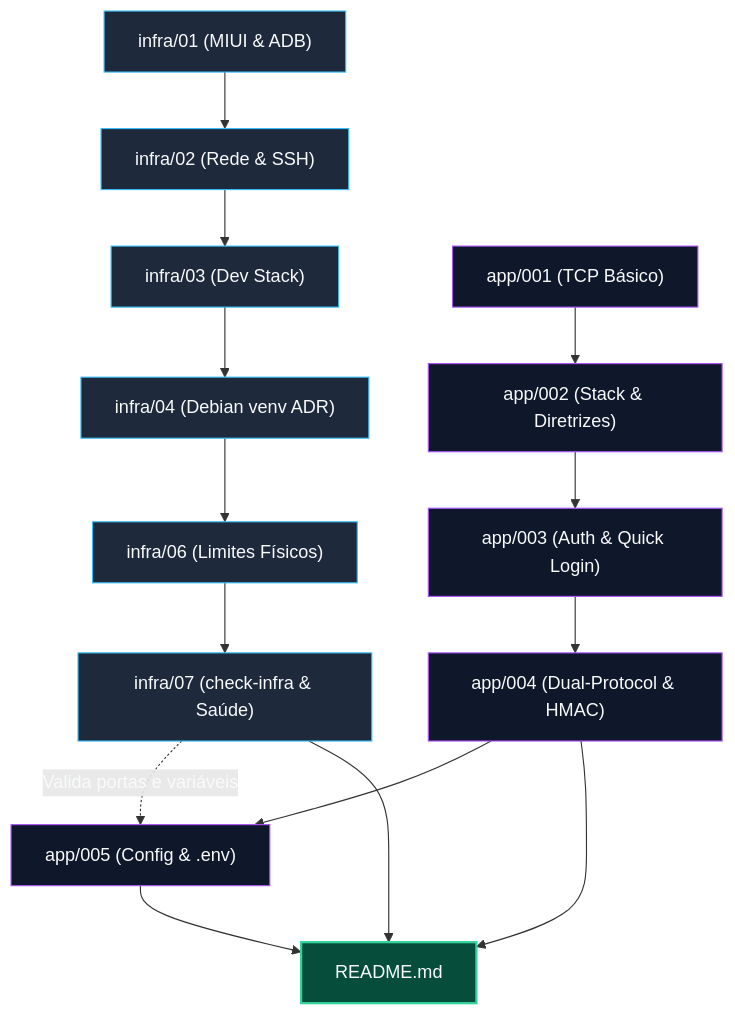
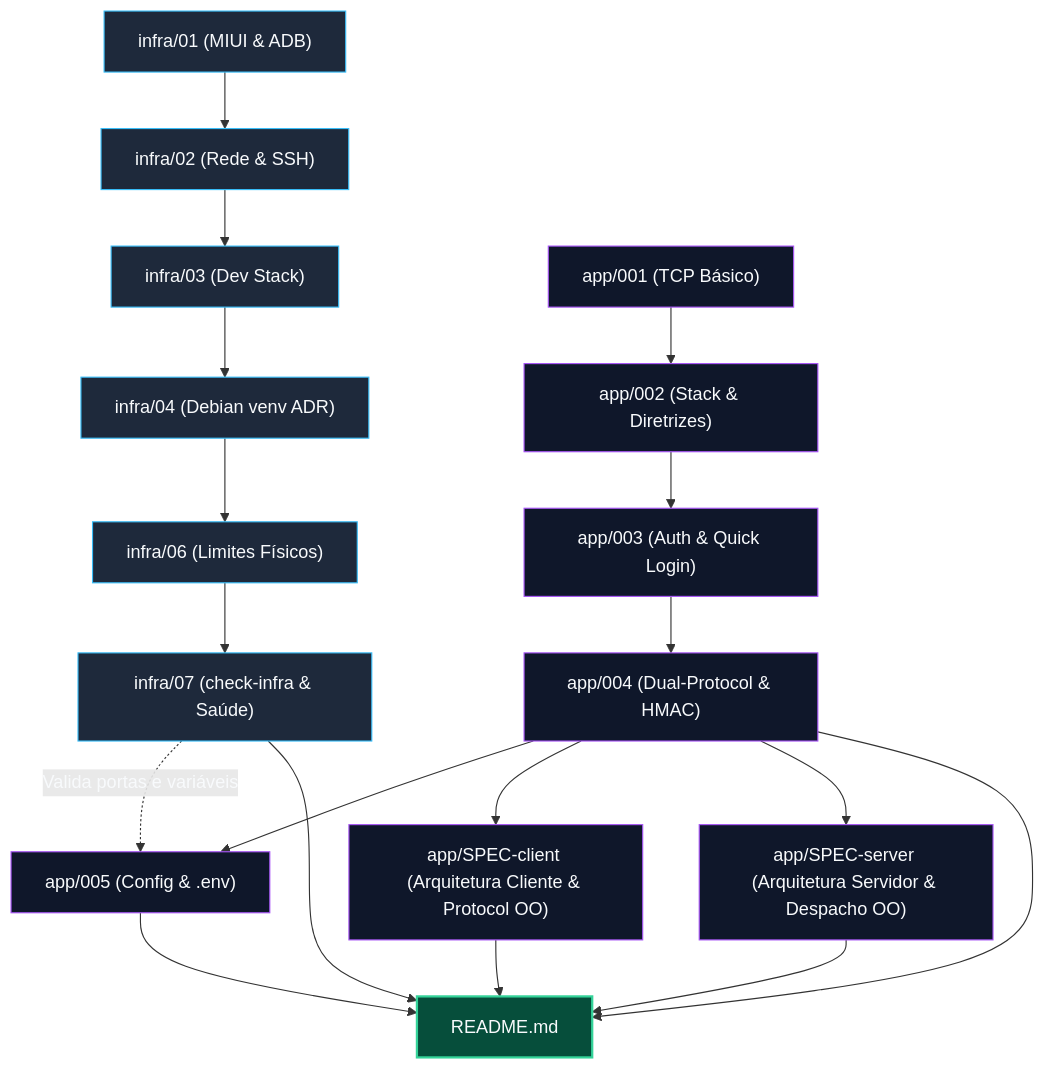
The diagram in docs/INDEX.md (Naoki051/homelab), drawn with Mermaid before and after one commit. The commit also changed other lines of this file and 7 other files, not shown here.

````diff
--- a/docs/INDEX.md
+++ b/docs/INDEX.md
@@ -35,22 +37,26 @@
 ```mermaid
 graph TD
     classDef infra fill:#1e293b,stroke:#38bdf8,stroke-width:1px,color:#f8fafc;
     classDef app fill:#0f172a,stroke:#a855f7,stroke-width:1px,color:#f8fafc;
     classDef root fill:#064e3b,stroke:#34d399,stroke-width:2px,color:#f8fafc;
 
     I01["infra/01 (MIUI & ADB)"]:::infra --> I02["infra/02 (Rede & SSH)"]:::infra
     I02 --> I03["infra/03 (Dev Stack)"]:::infra
     I03 --> I04["infra/04 (Debian venv ADR)"]:::infra
     I04 --> I06["infra/06 (Limites Físicos)"]:::infra
     I06 --> I07["infra/07 (check-infra & Saúde)"]:::infra
 
     A001["app/001 (TCP Básico)"]:::app --> A002["app/002 (Stack & Diretrizes)"]:::app
     A002 --> A003["app/003 (Auth & Quick Login)"]:::app
     A003 --> A004["app/004 (Dual-Protocol & HMAC)"]:::app
     A004 --> A005["app/005 (Config & .env)"]:::app
+    A004 --> SPEC_CLI["app/SPEC-client (Arquitetura Cliente & Protocol OO)"]:::app
+    A004 --> SPEC_SRV["app/SPEC-server (Arquitetura Servidor & Despacho OO)"]:::app
 
     I07 -.->|"Valida portas e variáveis"| A005
     A005 --> R["README.md"]:::root
     I07 --> R
     A004 --> R
+    SPEC_CLI --> R
+    SPEC_SRV --> R
 ```
````
